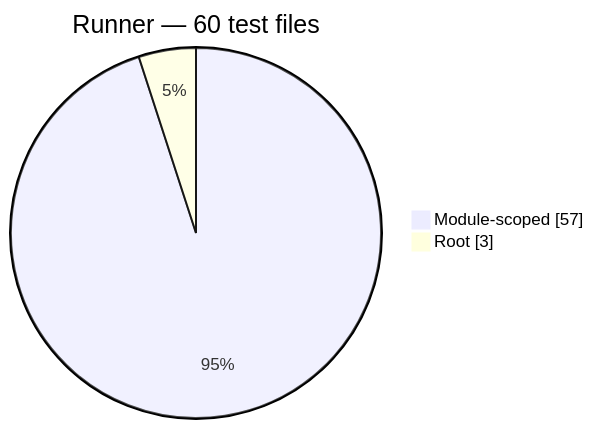
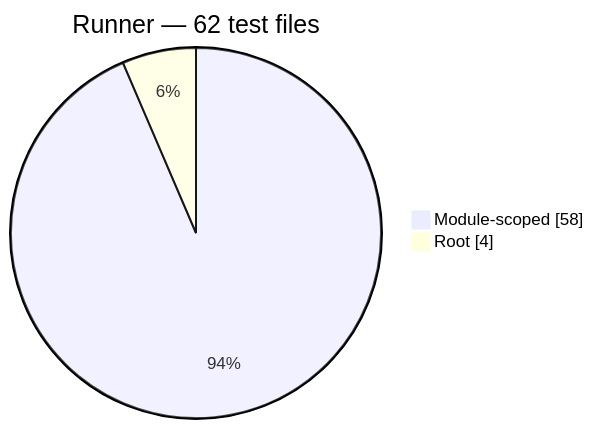
The fourth of 7 diagrams in docs/generated/test-composition.md (Mohammed-Alama/php-arazzo), drawn with Mermaid before and after one commit. The commit also changed other lines of this file and 20 other files, not shown here.

Commit message:
feat(runner): add async graph seams, graph value object and builder face — refs #61

````diff
--- a/docs/generated/test-composition.md
+++ b/docs/generated/test-composition.md
@@ -58,6 +58,6 @@
 ```mermaid
 pie showData
-    title Runner — 60 test files
-    "Module-scoped": 57
-    "Root": 3
+    title Runner — 62 test files
+    "Module-scoped": 58
+    "Root": 4
 ```
````
